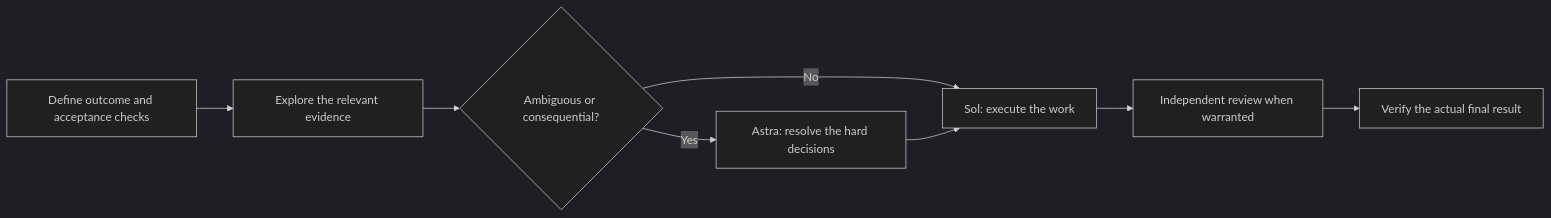
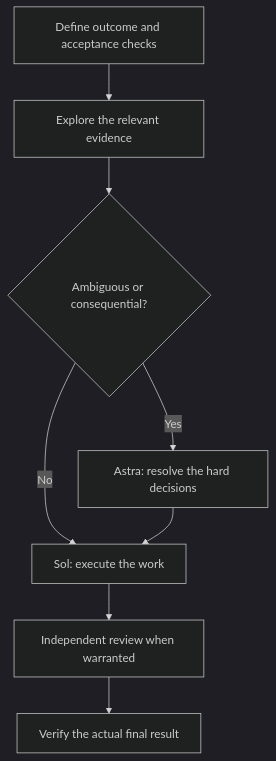
Before and after one commit to dextee/chatgpt-agent-team-guide: the diagram in README.md, drawn with Mermaid (dark theme).

Commit message:
Improve workflow diagram readability

````diff
--- a/README.md
+++ b/README.md
@@ -61,10 +61,10 @@
 ```mermaid
-flowchart LR
+flowchart TD
     A[Define outcome and acceptance checks] --> B[Explore the relevant evidence]
     B --> C{Ambiguous or consequential?}
     C -->|Yes| D[Astra: resolve the hard decisions]
     C -->|No| E[Sol: execute the work]
     D --> E
     E --> F[Independent review when warranted]
     F --> G[Verify the actual final result]
 ```
````
